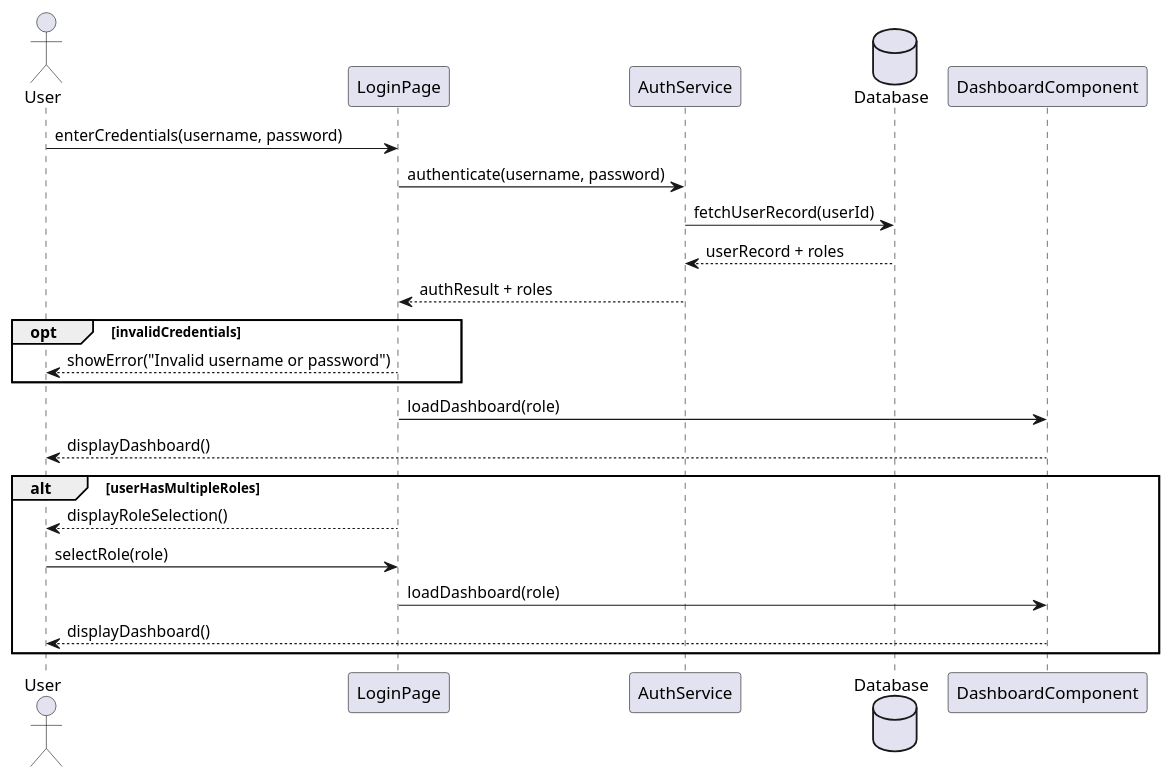
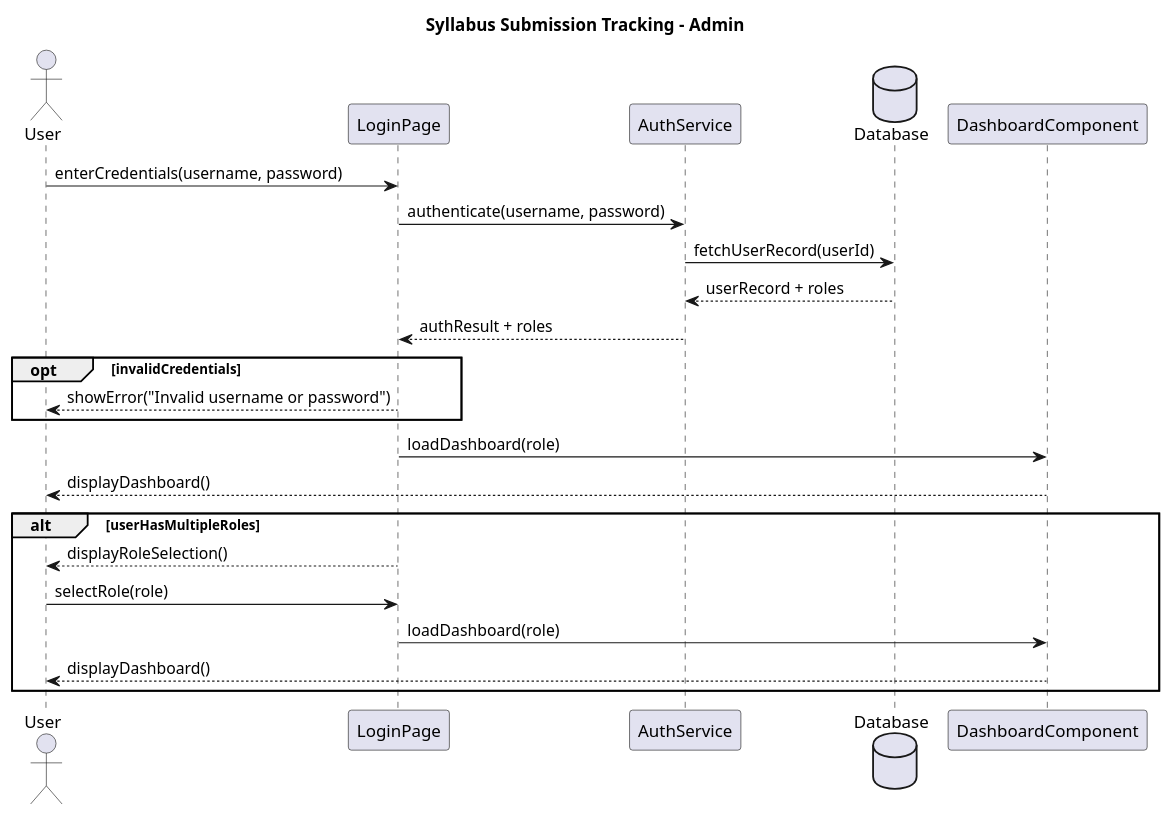
Before and after one commit to JeedaKotob/courseGenie: the diagram in Deliverable3/SeqenceDiagrams/login.puml, drawn with PlantUML. The commit also changed 30 other files, not shown here.

Commit message:
Admin dashboard (single & multirole) completed + Syllabus seq diagram added & login seq updated

```diff
--- a/Deliverable3/SeqenceDiagrams/login.puml
+++ b/Deliverable3/SeqenceDiagrams/login.puml
@@ -1,30 +1,32 @@
 @startuml
+title Syllabus Submission Tracking - Admin
+
 actor User
 participant LoginPage
 participant AuthService
 database Database
 participant DashboardComponent
 
 User -> LoginPage: enterCredentials(username, password)
 LoginPage -> AuthService: authenticate(username, password)
 
 AuthService -> Database: fetchUserRecord(userId)
 Database --> AuthService: userRecord + roles
 AuthService --> LoginPage: authResult + roles
 
 opt invalidCredentials
     LoginPage --> User: showError("Invalid username or password")
 end
 
 LoginPage -> DashboardComponent: loadDashboard(role)
 DashboardComponent --> User: displayDashboard()
 
 alt userHasMultipleRoles
     LoginPage --> User: displayRoleSelection()
     User -> LoginPage: selectRole(role)
     LoginPage -> DashboardComponent: loadDashboard(role)
     DashboardComponent --> User: displayDashboard()
 end
 
 
 @enduml
```
